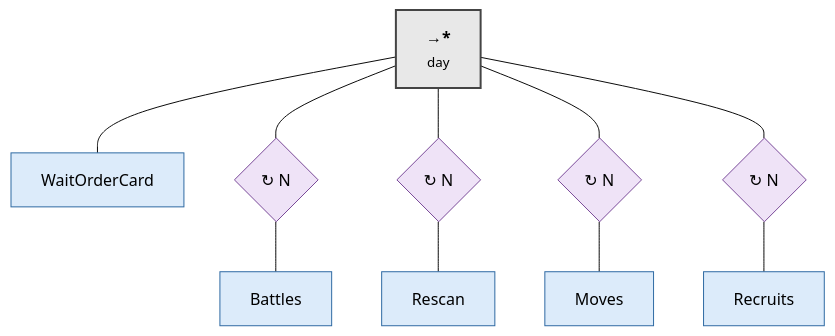
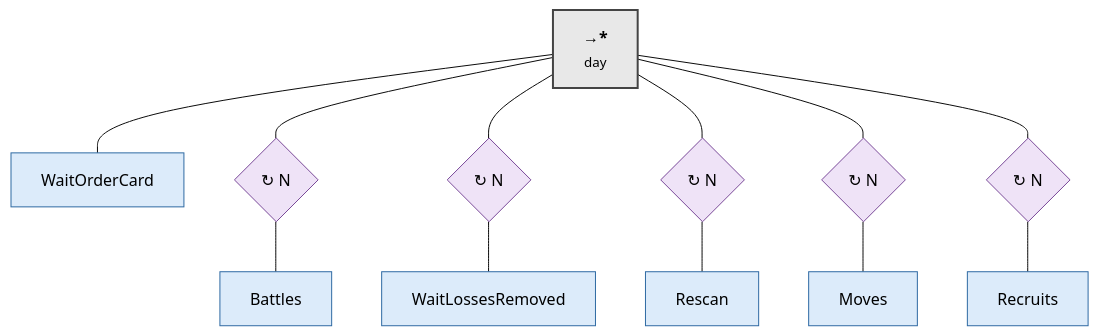
One commit to olenakshyk/RootBot67 changed the third of 3 diagrams in docs/decisions/0007-behaviour-tree.md. Above: the diagram before and after it, drawn with Mermaid (base theme). The commit also changed other lines of this file and 4 other files, not shown here.

````diff
--- a/docs/decisions/0007-behaviour-tree.md
+++ b/docs/decisions/0007-behaviour-tree.md
@@ -117,29 +117,33 @@
 ```mermaid
 flowchart TD
     day["<b>→*</b><br/><small>day</small>"]:::control
     waitCard["WaitOrderCard"]:::action
     retryBattles{"↻ N"}:::decorator
     battles["Battles"]:::action
+    retryWaitLosses{"↻ N"}:::decorator
+    waitLosses["WaitLossesRemoved"]:::action
     retryRescan{"↻ N"}:::decorator
     rescan["Rescan"]:::action
     retryMoves{"↻ N"}:::decorator
     moves["Moves"]:::action
     retryRecruits{"↻ N"}:::decorator
     recruits["Recruits"]:::action
 
     day --- waitCard
     day --- retryBattles
+    day --- retryWaitLosses
     day --- retryRescan
     day --- retryMoves
     day --- retryRecruits
     retryBattles --- battles
+    retryWaitLosses --- waitLosses
     retryRescan --- rescan
     retryMoves --- moves
     retryRecruits --- recruits
 
     classDef control fill:#e8e8e8,stroke:#444,stroke-width:2px,color:#000
     classDef decorator fill:#efe3f7,stroke:#7a4a99,color:#000
     classDef condition fill:#fff4c2,stroke:#a08400,color:#000
     classDef action fill:#dcebfa,stroke:#2f6aa3,color:#000
     classDef subtree fill:#ffffff,stroke:#444,stroke-dasharray:5 4,color:#000
 ```
````
